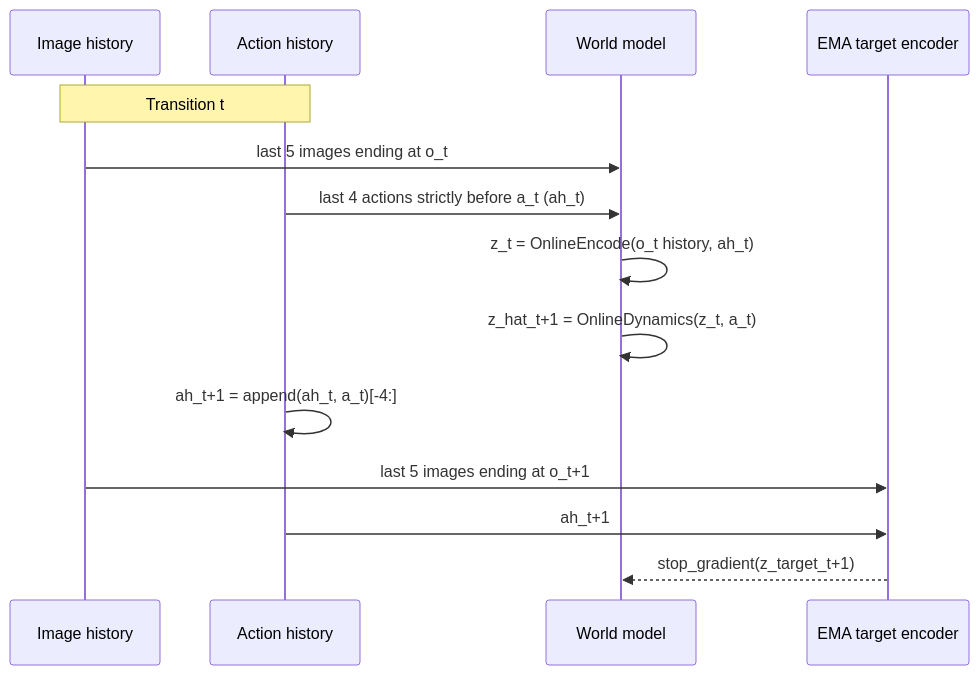
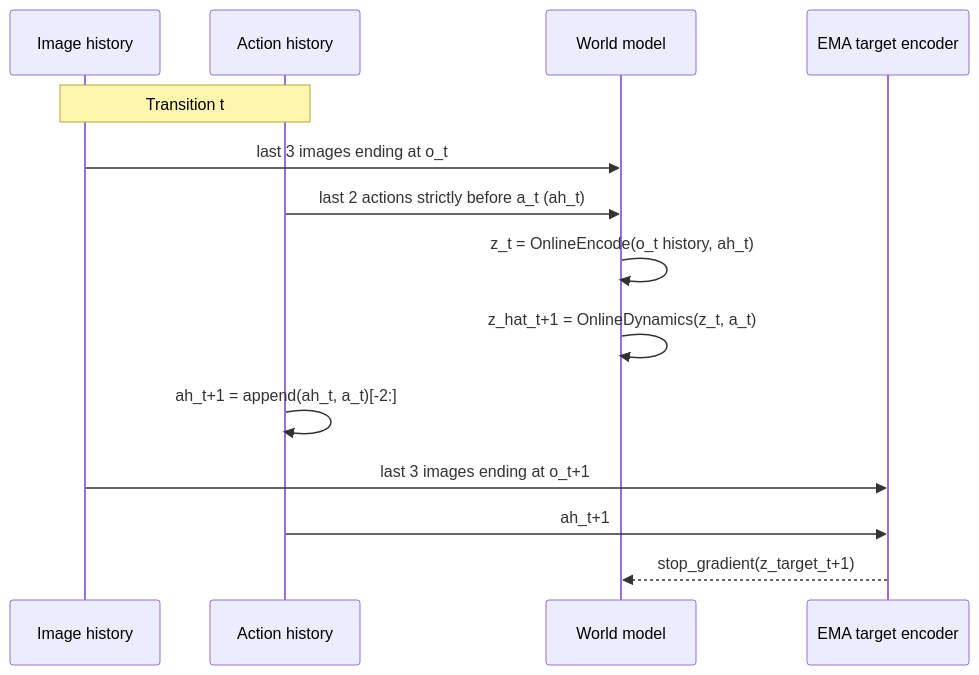
One commit to IBNBlank/piece_of_wm changed the second of 2 diagrams in trans_wm_le/TRAINING_LOGIC.md. Above: the diagram before and after it, drawn with Mermaid. The commit also changed other lines of this file and 28 other files, not shown here.

````diff
--- a/trans_wm_le/TRAINING_LOGIC.md
+++ b/trans_wm_le/TRAINING_LOGIC.md
@@ -68,17 +68,17 @@
 ```mermaid
 sequenceDiagram
     participant O as Image history
     participant A as Action history
     participant M as World model
     participant E as EMA target encoder
 
     Note over O,A: Transition t
-    O->>M: last 5 images ending at o_t
-    A->>M: last 4 actions strictly before a_t (ah_t)
+    O->>M: last 3 images ending at o_t
+    A->>M: last 2 actions strictly before a_t (ah_t)
     M->>M: z_t = OnlineEncode(o_t history, ah_t)
     M->>M: z_hat_t+1 = OnlineDynamics(z_t, a_t)
-    A->>A: ah_t+1 = append(ah_t, a_t)[-4:]
-    O->>E: last 5 images ending at o_t+1
+    A->>A: ah_t+1 = append(ah_t, a_t)[-2:]
+    O->>E: last 3 images ending at o_t+1
     A->>E: ah_t+1
     E-->>M: stop_gradient(z_target_t+1)
 ```
````
